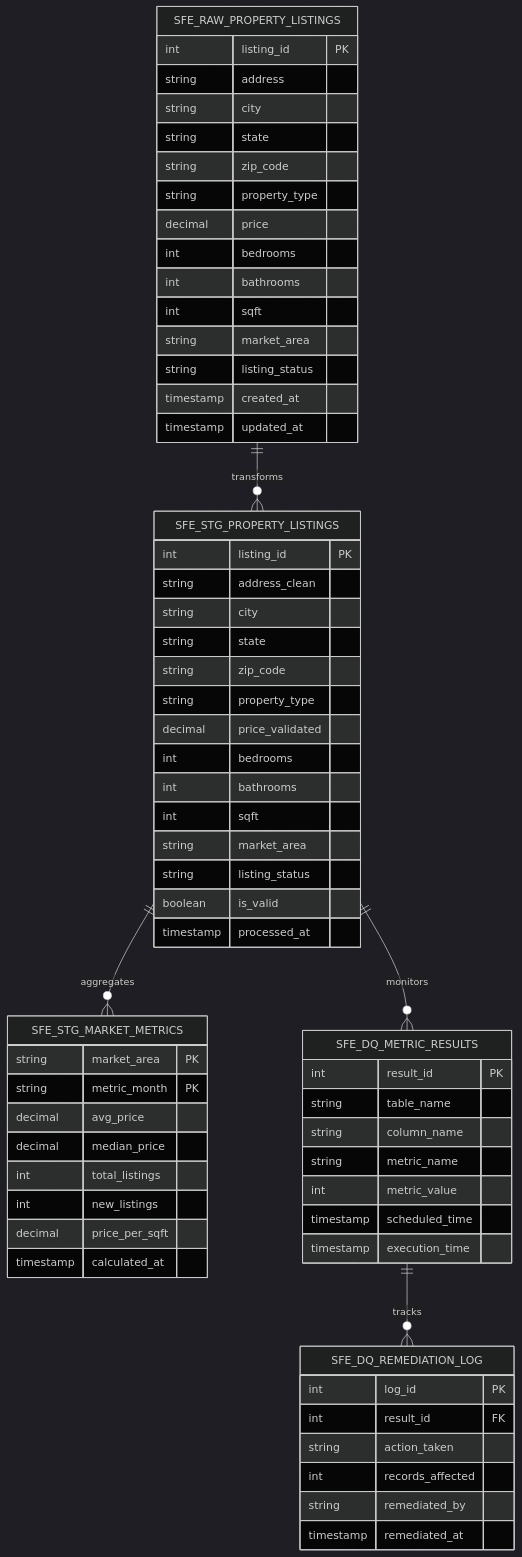
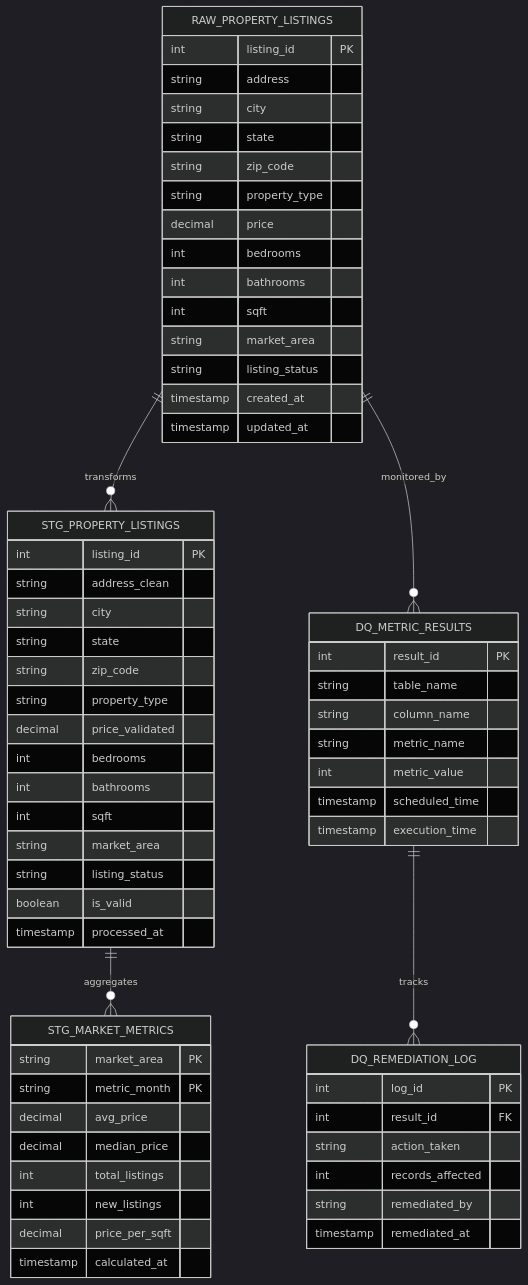
One commit to sfc-gh-miwhitaker/dataquality changed the diagram in diagrams/data-model.md. Above: the diagram before and after it, drawn with Mermaid (dark theme). The commit also changed other lines of this file and 23 other files, not shown here.

Commit message:
Add pre-commit configuration and baseline secrets file; update deployment scripts and documentation for new schema structure and expiration dates.

````diff
--- a/diagrams/data-model.md
+++ b/diagrams/data-model.md
@@ -18,71 +18,71 @@
 ```mermaid
 erDiagram
-    SFE_RAW_PROPERTY_LISTINGS ||--o{ SFE_STG_PROPERTY_LISTINGS : transforms
-    SFE_STG_PROPERTY_LISTINGS ||--o{ SFE_STG_MARKET_METRICS : aggregates
-    SFE_STG_PROPERTY_LISTINGS ||--o{ SFE_DQ_METRIC_RESULTS : monitors
-    SFE_DQ_METRIC_RESULTS ||--o{ SFE_DQ_REMEDIATION_LOG : tracks
-    
-    SFE_RAW_PROPERTY_LISTINGS {
+    RAW_PROPERTY_LISTINGS ||--o{ STG_PROPERTY_LISTINGS : transforms
+    STG_PROPERTY_LISTINGS ||--o{ STG_MARKET_METRICS : aggregates
+    RAW_PROPERTY_LISTINGS ||--o{ DQ_METRIC_RESULTS : monitored_by
+    DQ_METRIC_RESULTS ||--o{ DQ_REMEDIATION_LOG : tracks
+
+    RAW_PROPERTY_LISTINGS {
         int listing_id PK
         string address
         string city
         string state
         string zip_code
         string property_type
         decimal price
         int bedrooms
         int bathrooms
         int sqft
         string market_area
         string listing_status
         timestamp created_at
         timestamp updated_at
     }
-    
-    SFE_STG_PROPERTY_LISTINGS {
+
+    STG_PROPERTY_LISTINGS {
         int listing_id PK
         string address_clean
         string city
         string state
         string zip_code
         string property_type
         decimal price_validated
         int bedrooms
         int bathrooms
         int sqft
         string market_area
         string listing_status
         boolean is_valid
         timestamp processed_at
     }
-    
-    SFE_STG_MARKET_METRICS {
+
+    STG_MARKET_METRICS {
         string market_area PK
         string metric_month PK
         decimal avg_price
         decimal median_price
         int total_listings
         int new_listings
         decimal price_per_sqft
         timestamp calculated_at
     }
-    
-    SFE_DQ_METRIC_RESULTS {
+
+    DQ_METRIC_RESULTS {
         int result_id PK
         string table_name
         string column_name
         string metric_name
         int metric_value
         timestamp scheduled_time
         timestamp execution_time
     }
-    
-    SFE_DQ_REMEDIATION_LOG {
+
+    DQ_REMEDIATION_LOG {
         int log_id PK
         int result_id FK
         string action_taken
         int records_affected
         string remediated_by
         timestamp remediated_at
     }
 ```
````
